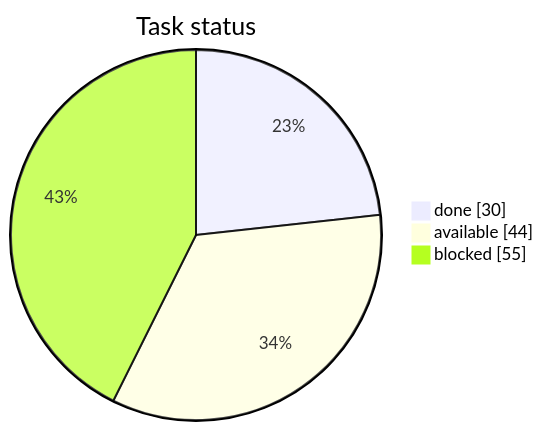
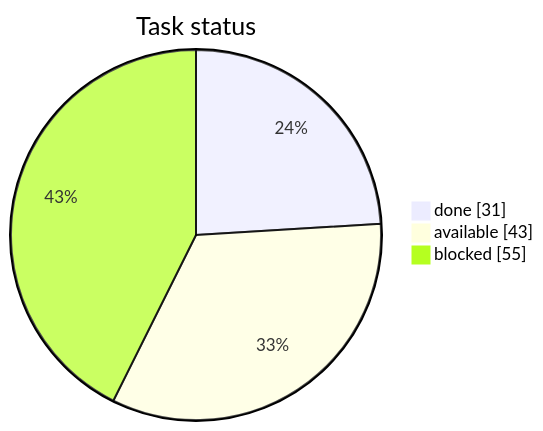
One commit to artemiiShabanov/RallyRivals changed the first of 3 diagrams in STATUS.md. Above: the diagram before and after it, drawn with Mermaid. The commit also changed other lines of this file and 8 other files, not shown here.

````diff
--- a/STATUS.md
+++ b/STATUS.md
@@ -7,7 +7,7 @@
 ```mermaid
 pie showData
     title Task status
-    "done" : 30
-    "available" : 44
+    "done" : 31
+    "available" : 43
     "blocked" : 55
 ```
````
